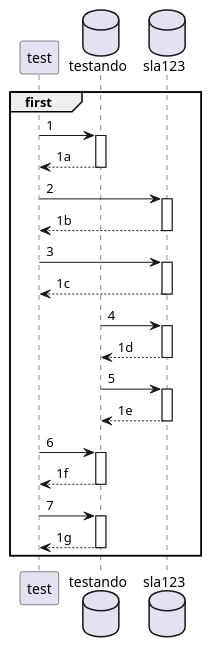
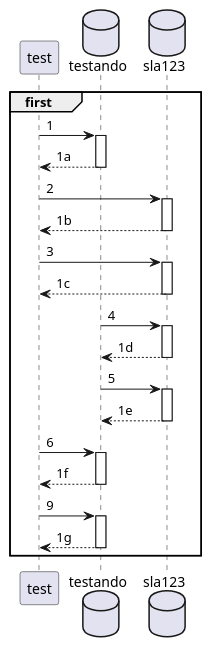
One commit to FelipeBuenoNunes/test changed the diagram in docs/diagram/test.puml. Above: the diagram before and after it, drawn with PlantUML.

```diff
--- a/docs/diagram/test.puml
+++ b/docs/diagram/test.puml
@@ -1,22 +1,22 @@
 @startuml
 participant test
 database testando
 database sla123
 
 group first
     test-> testando++: 1
     return 1a
     test-> sla123++: 2
     return 1b
     test-> sla123++: 3
     return 1c
     testando-> sla123++: 4
     return 1d
     testando-> sla123++: 5
     return 1e
     test-> testando++: 6
     return 1f
-    test-> testando++: 7
+    test-> testando++: 9
     return 1g
 end
 @enduml
```
